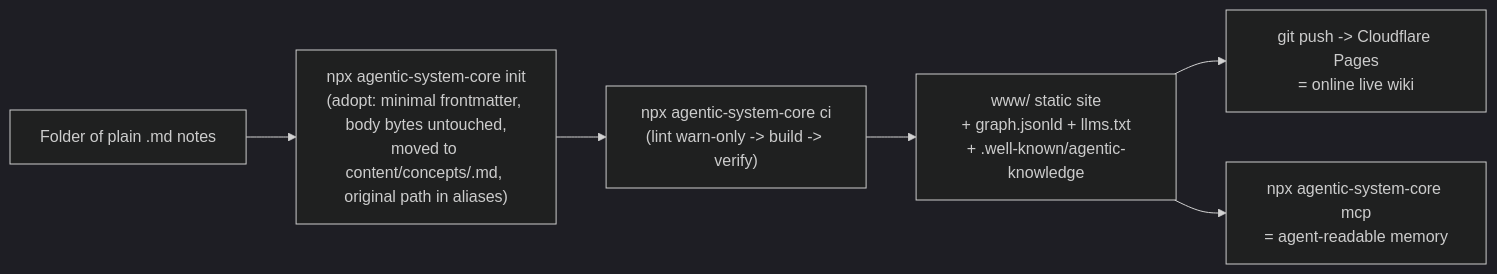
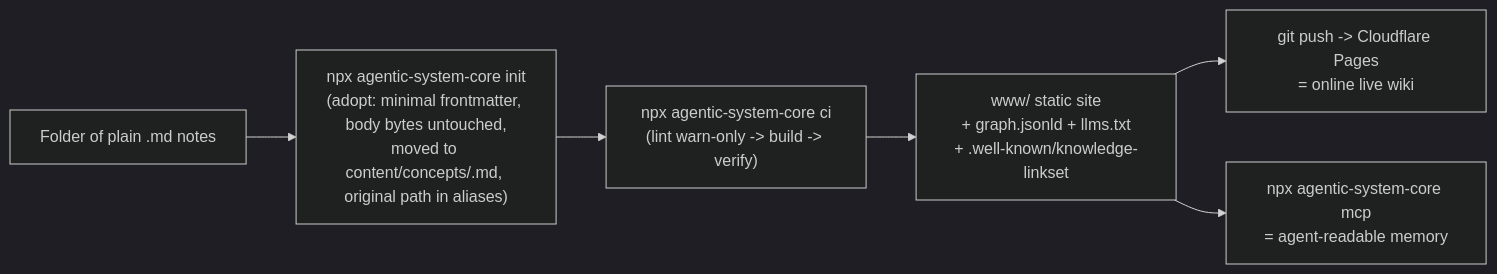
One commit to andreibesleaga/agentic-system-core changed the fifth of 5 diagrams in docs/diagrams/user-flows.md. Above: the diagram before and after it, drawn with Mermaid (dark theme). The commit also changed other lines of this file and 41 other files, not shown here.

````diff
--- a/docs/diagrams/user-flows.md
+++ b/docs/diagrams/user-flows.md
@@ -81,8 +81,8 @@
 ```mermaid
 flowchart LR
   A["Folder of plain .md notes"] --> B["npx agentic-system-core init\n(adopt: minimal frontmatter, body bytes untouched,\nmoved to content/concepts/<slug>.md, original path in aliases)"]
   B --> C["npx agentic-system-core ci\n(lint warn-only -> build -> verify)"]
-  C --> D["www/ static site\n+ graph.jsonld + llms.txt\n+ .well-known/agentic-knowledge"]
+  C --> D["www/ static site\n+ graph.jsonld + llms.txt\n+ .well-known/knowledge-linkset"]
   D --> E["git push -> Cloudflare Pages\n= online live wiki"]
   D --> F["npx agentic-system-core mcp\n= agent-readable memory"]
 ```
````
